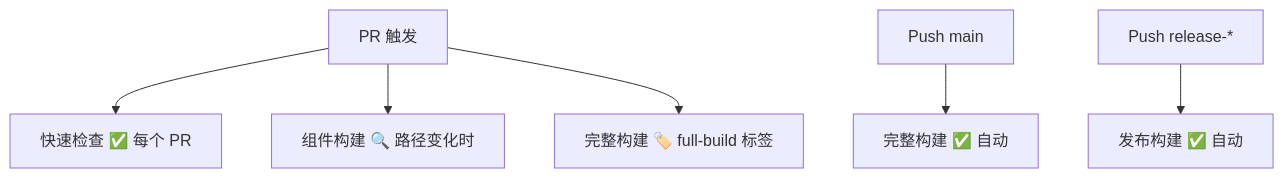
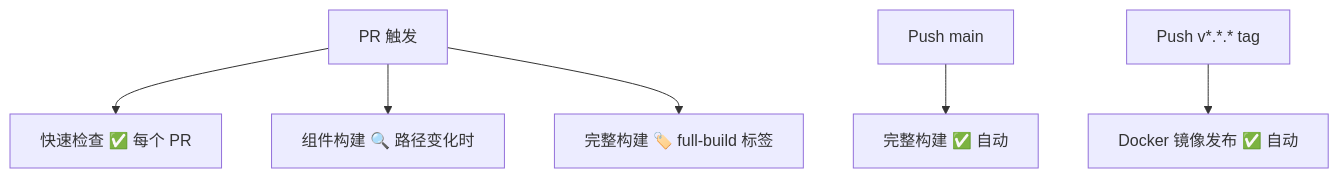
Before and after one commit to Leon19960120/imx-forge: the diagram in document/ci/index.md, drawn with Mermaid. The commit also changed other lines of this file and 18 other files, not shown here.

````diff
--- a/document/ci/index.md
+++ b/document/ci/index.md
@@ -56,8 +55,8 @@
 ```mermaid
 graph TD
     A[PR 触发] --> B[快速检查 ✅ 每个 PR]
     A --> C[组件构建 🔍 路径变化时]
     A --> D[完整构建 🏷️ full-build 标签]
     E[Push main] --> F[完整构建 ✅ 自动]
-    G[Push release-*] --> H[发布构建 ✅ 自动]
+    G[Push v*.*.* tag] --> H[Docker 镜像发布 ✅ 自动]
 ```
````
